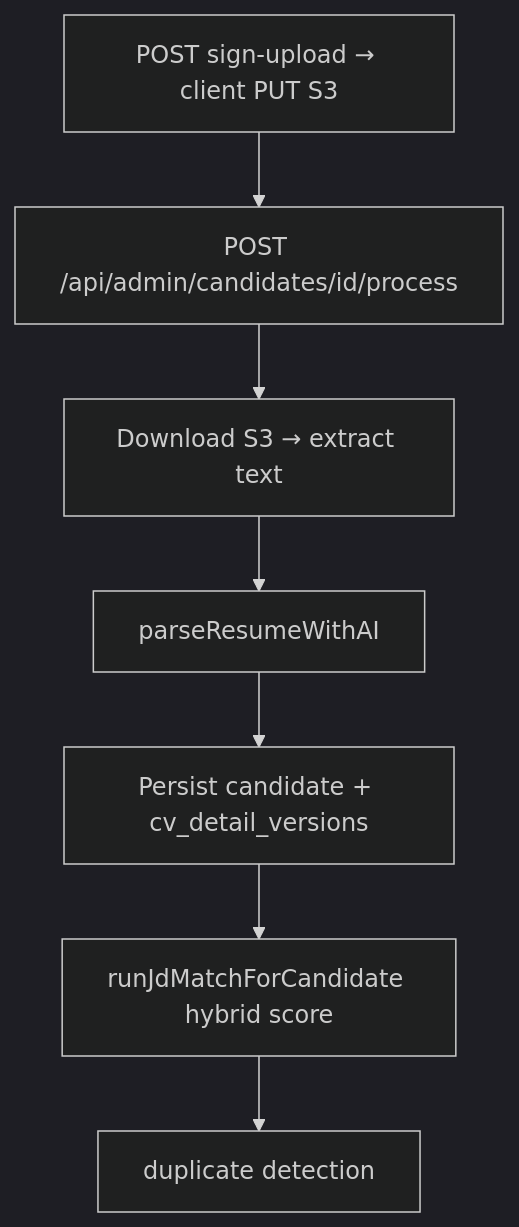
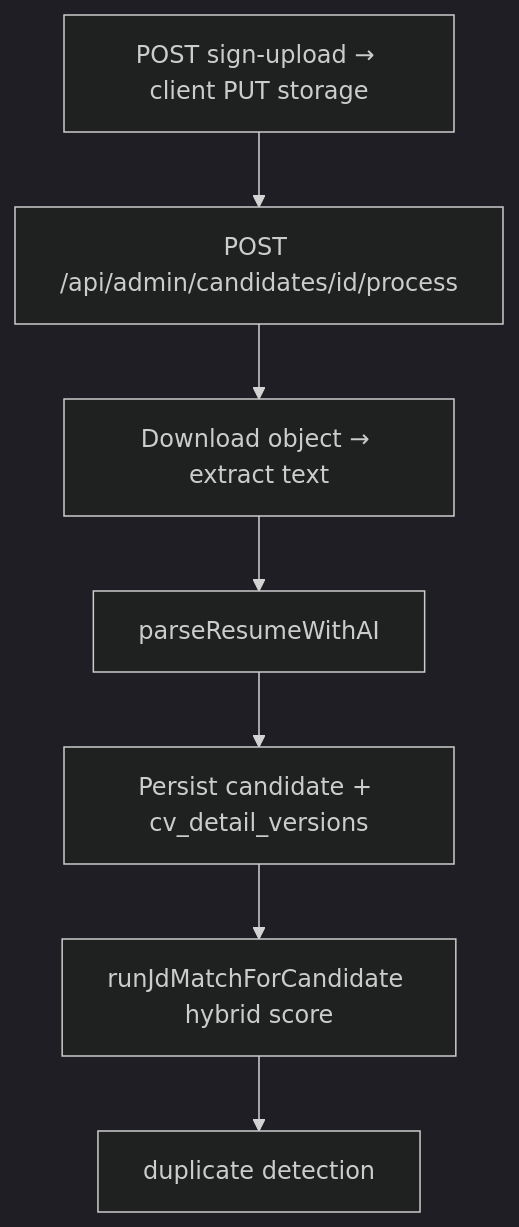
The ninth of 9 diagrams in docs/architecture.md (zen8labs-hackathon/SmartHire), drawn with Mermaid (dark theme) before and after one commit. The commit also changed other lines of this file and 3 other files, not shown here.

First line of the commit message:
Add EC2 auto-deploy workflow and update architecture docs.

````diff
--- a/docs/architecture.md
+++ b/docs/architecture.md
@@ -255,12 +332,12 @@
 ```mermaid
 flowchart TD
-  Upload["POST sign-upload → client PUT S3"]
+  Upload["POST sign-upload → client PUT storage"]
   Process["POST /api/admin/candidates/id/process"]
-  Extract["Download S3 → extract text"]
+  Extract["Download object → extract text"]
   Parse["parseResumeWithAI"]
   Persist["Persist candidate + cv_detail_versions"]
   Match["runJdMatchForCandidate hybrid score"]
   Dedupe["duplicate detection"]
 
   Upload --> Process --> Extract --> Parse --> Persist --> Match --> Dedupe
 ```
````
